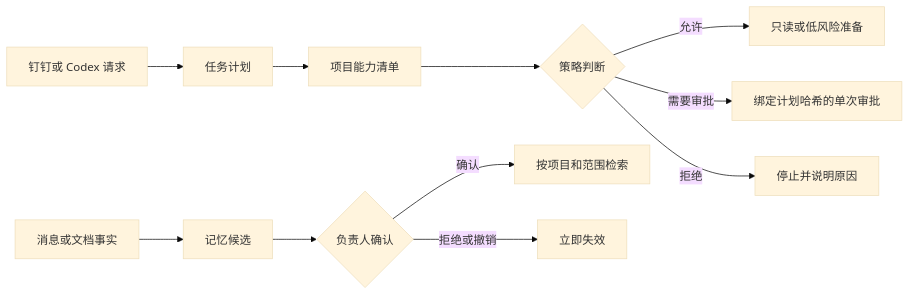
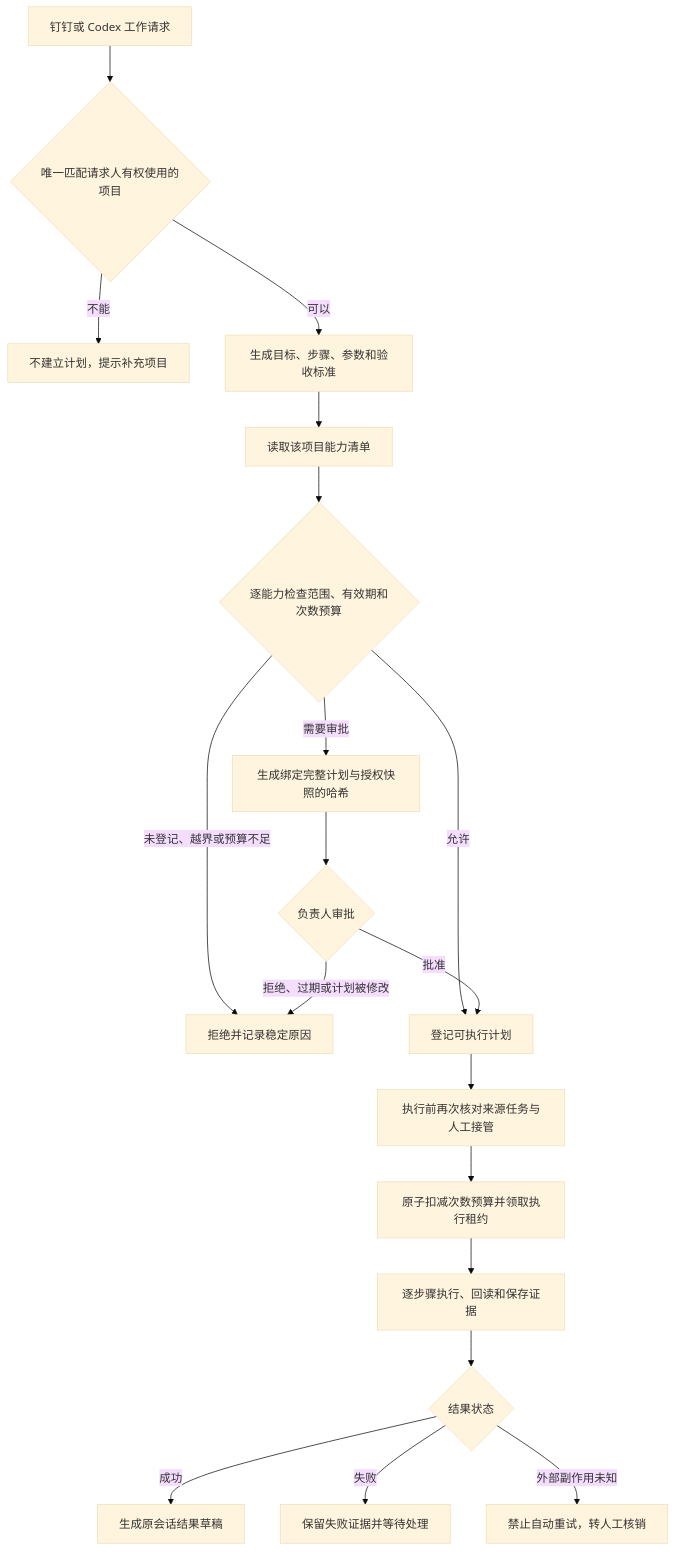
The first of 2 diagrams in docs/能力清单与正式记忆.md (ruiwang20010702/ai-employee), drawn with Mermaid (base theme) before and after one commit. The commit also changed other lines of this file and 18 other files, not shown here.

````diff
--- a/docs/能力清单与正式记忆.md
+++ b/docs/能力清单与正式记忆.md
@@ -7,14 +7,21 @@
 ```mermaid
-flowchart LR
-    A["钉钉或 Codex 请求"] --> B["任务计划"]
-    B --> C["项目能力清单"]
-    C --> D{"策略判断"}
-    D -->|"允许"| E["只读或低风险准备"]
-    D -->|"需要审批"| F["绑定计划哈希的单次审批"]
-    D -->|"拒绝"| G["停止并说明原因"]
-
-    H["消息或文档事实"] --> I["记忆候选"]
-    I --> J{"负责人确认"}
-    J -->|"确认"| K["按项目和范围检索"]
-    J -->|"拒绝或撤销"| L["立即失效"]
+flowchart TD
+    A["钉钉或 Codex 工作请求"] --> B{"唯一匹配请求人有权使用的项目"}
+    B -->|"不能"| B1["不建立计划，提示补充项目"]
+    B -->|"可以"| C["生成目标、步骤、参数和验收标准"]
+    C --> D["读取该项目能力清单"]
+    D --> E{"逐能力检查范围、有效期和次数预算"}
+    E -->|"未登记、越界或预算不足"| E1["拒绝并记录稳定原因"]
+    E -->|"允许"| F["登记可执行计划"]
+    E -->|"需要审批"| G["生成绑定完整计划与授权快照的哈希"]
+    G --> H{"负责人审批"}
+    H -->|"拒绝、过期或计划被修改"| E1
+    H -->|"批准"| F
+    F --> I["执行前再次核对来源任务与人工接管"]
+    I --> J["原子扣减次数预算并领取执行租约"]
+    J --> K["逐步骤执行、回读和保存证据"]
+    K --> L{"结果状态"}
+    L -->|"成功"| M["生成原会话结果草稿"]
+    L -->|"失败"| N["保留失败证据并等待处理"]
+    L -->|"外部副作用未知"| O["禁止自动重试，转人工核销"]
 ```
````
